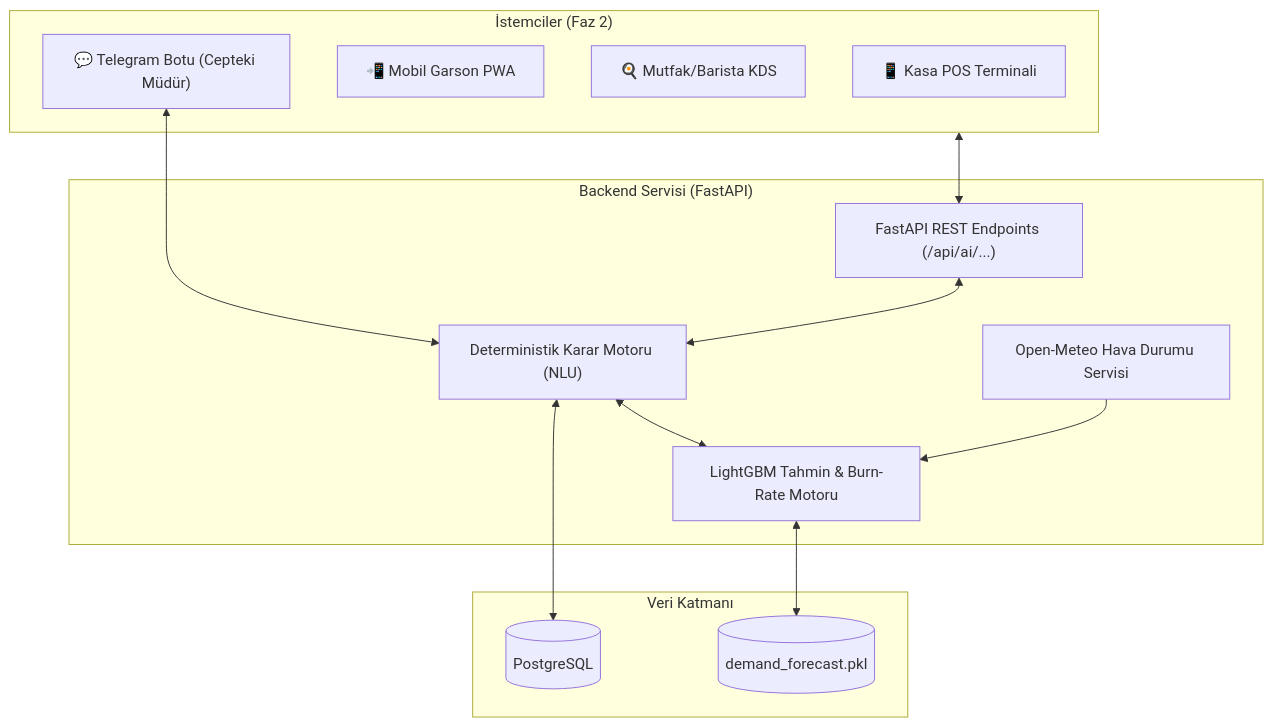
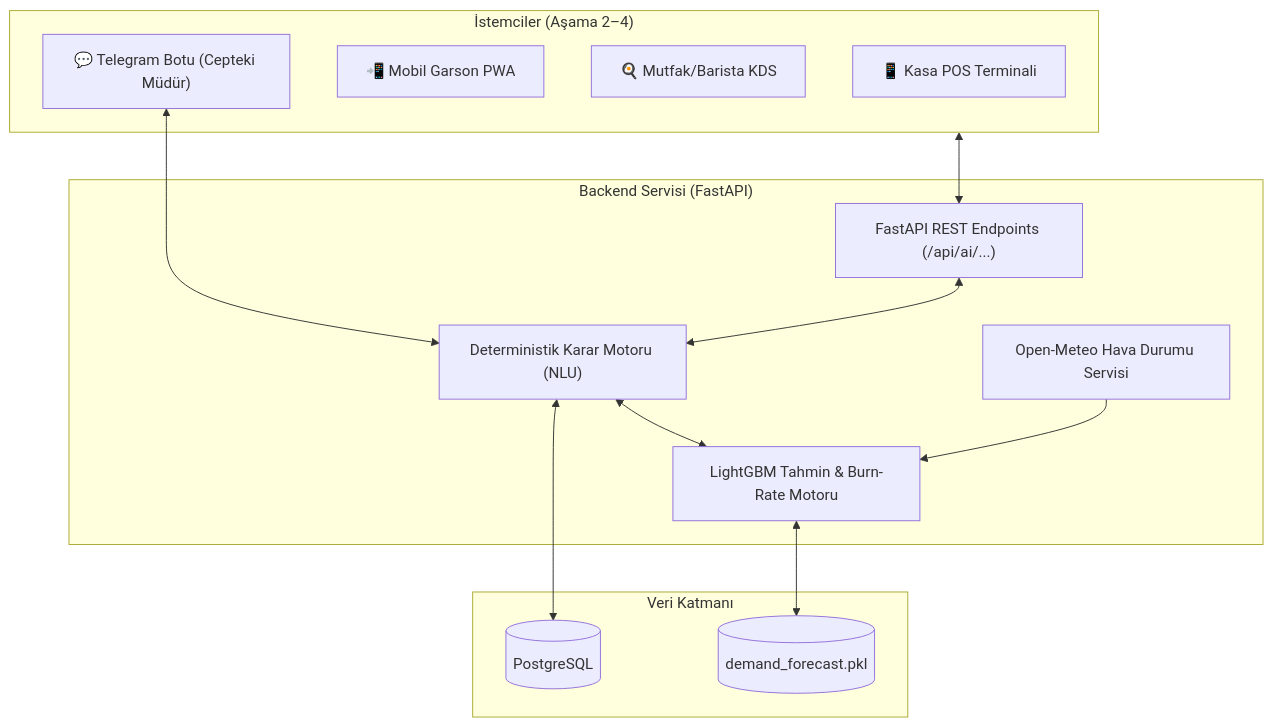
Before and after one commit to emiromrak/cafe-erp: the diagram in README.md, drawn with Mermaid. The commit also changed other lines of this file and 5 other files, not shown here.

````diff
--- a/README.md
+++ b/README.md
@@ -20,29 +20,29 @@
 ```mermaid
 flowchart TD
-    subgraph Istemciler ["İstemciler (Faz 2)"]
+    subgraph Istemciler ["İstemciler (Aşama 2–4)"]
         POS["📱 Kasa POS Terminali"]
         Garson["📲 Mobil Garson PWA"]
         KDS["🍳 Mutfak/Barista KDS"]
         Telegram["💬 Telegram Botu (Cepteki Müdür)"]
     end
 
     subgraph Backend ["Backend Servisi (FastAPI)"]
         API["FastAPI REST Endpoints (/api/ai/...)"]
         Engine["Deterministik Karar Motoru (NLU)"]
         Predictor["LightGBM Tahmin & Burn-Rate Motoru"]
         Weather["Open-Meteo Hava Durumu Servisi"]
     end
 
     subgraph Veri ["Veri Katmanı"]
         DB[(PostgreSQL)]
         Models[("demand_forecast.pkl")]
     end
 
     Istemciler <--> API
     Telegram <--> Engine
     API <--> Engine
     Engine <--> Predictor
     Engine <--> DB
     Predictor <--> Models
     Weather --> Predictor
 ```
````
